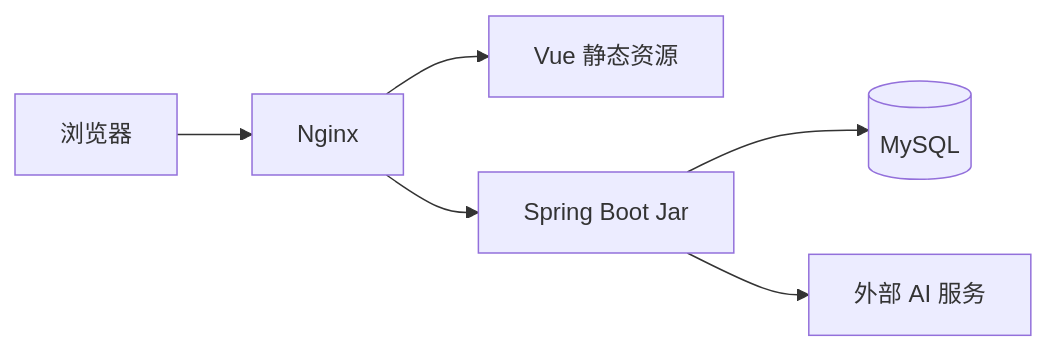
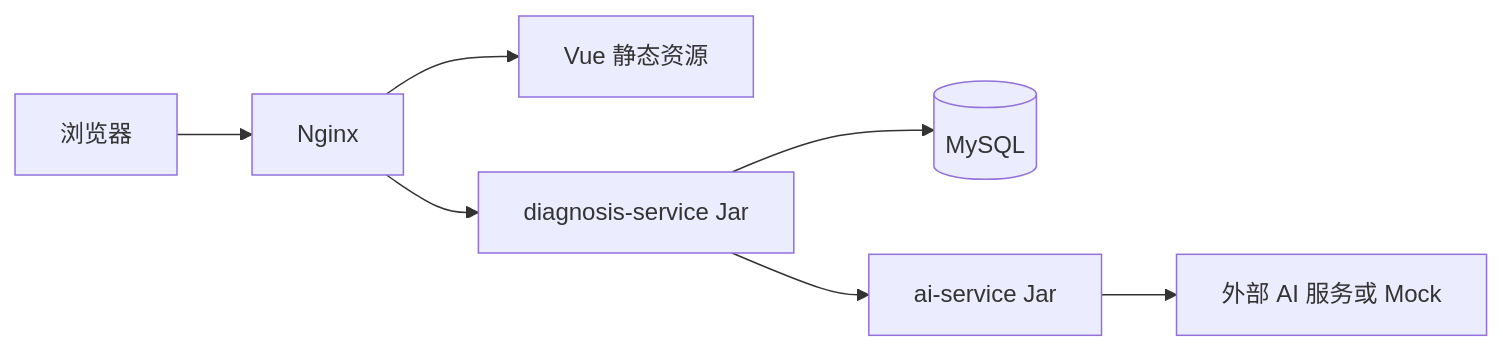
The second of 2 diagrams in docs/05-system-architecture.md (cloudydreamland/smart_cloud_brain), drawn with Mermaid before and after one commit. The commit also changed other lines of this file and 11 other files, not shown here.

````diff
--- a/docs/05-system-architecture.md
+++ b/docs/05-system-architecture.md
@@ -88,8 +93,9 @@
 ```mermaid
 flowchart LR
   Browser[浏览器] --> Nginx[Nginx]
   Nginx --> Static[Vue 静态资源]
-  Nginx --> Backend[Spring Boot Jar]
-  Backend --> MySQL[(MySQL)]
-  Backend --> AI[外部 AI 服务]
+  Nginx --> Diagnosis[diagnosis-service Jar]
+  Diagnosis --> MySQL[(MySQL)]
+  Diagnosis --> AiService[ai-service Jar]
+  AiService --> AI[外部 AI 服务或 Mock]
 ```
````
